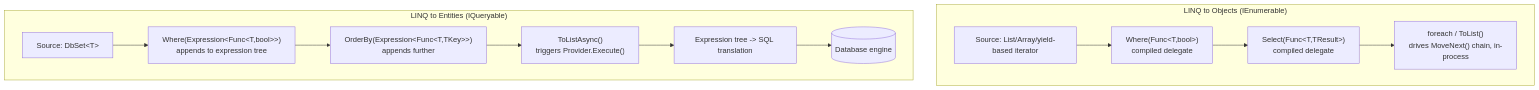
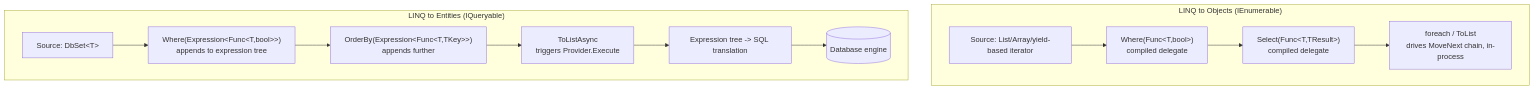
The second of 3 diagrams in 01-CSharp/05-LINQ-Internals.md (umashankarp/InterviewQuestions), drawn with Mermaid before and after one commit. The commit also changed other lines of this file and 173 other files, not shown here.

````diff
--- a/01-CSharp/05-LINQ-Internals.md
+++ b/01-CSharp/05-LINQ-Internals.md
@@ -148,15 +148,15 @@
 ```mermaid
 graph TB
-    subgraph "LINQ to Objects (IEnumerable<T>)"
-        A1[Source: List/Array/yield-based iterator] --> A2["Where(Func&lt;T,bool&gt;)<br/>compiled delegate"]
-        A2 --> A3["Select(Func&lt;T,TResult&gt;)<br/>compiled delegate"]
-        A3 --> A4["foreach / ToList()<br/>drives MoveNext() chain, in-process"]
-    end
-    subgraph "LINQ to Entities (IQueryable<T>)"
-        B1["Source: DbSet&lt;T&gt;"] --> B2["Where(Expression&lt;Func&lt;T,bool&gt;&gt;)<br/>appends to expression tree"]
-        B2 --> B3["OrderBy(Expression&lt;Func&lt;T,TKey&gt;&gt;)<br/>appends further"]
-        B3 --> B4["ToListAsync()<br/>triggers Provider.Execute()"]
-        B4 --> B5["Expression tree -> SQL translation"]
-        B5 --> B6[(Database engine)]
-    end
+ subgraph "LINQ to Objects (IEnumerable<T>)"
+ A1[Source: List/Array/yield-based iterator] --> A2["Where(Func&lt;T,bool&gt)<br/>compiled delegate"]
+ A2 --> A3["Select(Func&lt;T,TResult&gt)<br/>compiled delegate"]
+ A3 --> A4["foreach / ToList<br/>drives MoveNext chain, in-process"]
+ end
+ subgraph "LINQ to Entities (IQueryable<T>)"
+ B1["Source: DbSet&lt;T&gt;"] --> B2["Where(Expression&lt;Func&lt;T,bool&gt;&gt)<br/>appends to expression tree"]
+ B2 --> B3["OrderBy(Expression&lt;Func&lt;T,TKey&gt;&gt)<br/>appends further"]
+ B3 --> B4["ToListAsync<br/>triggers Provider.Execute"]
+ B4 --> B5["Expression tree -> SQL translation"]
+ B5 --> B6[(Database engine)]
+ end
 ```
````
